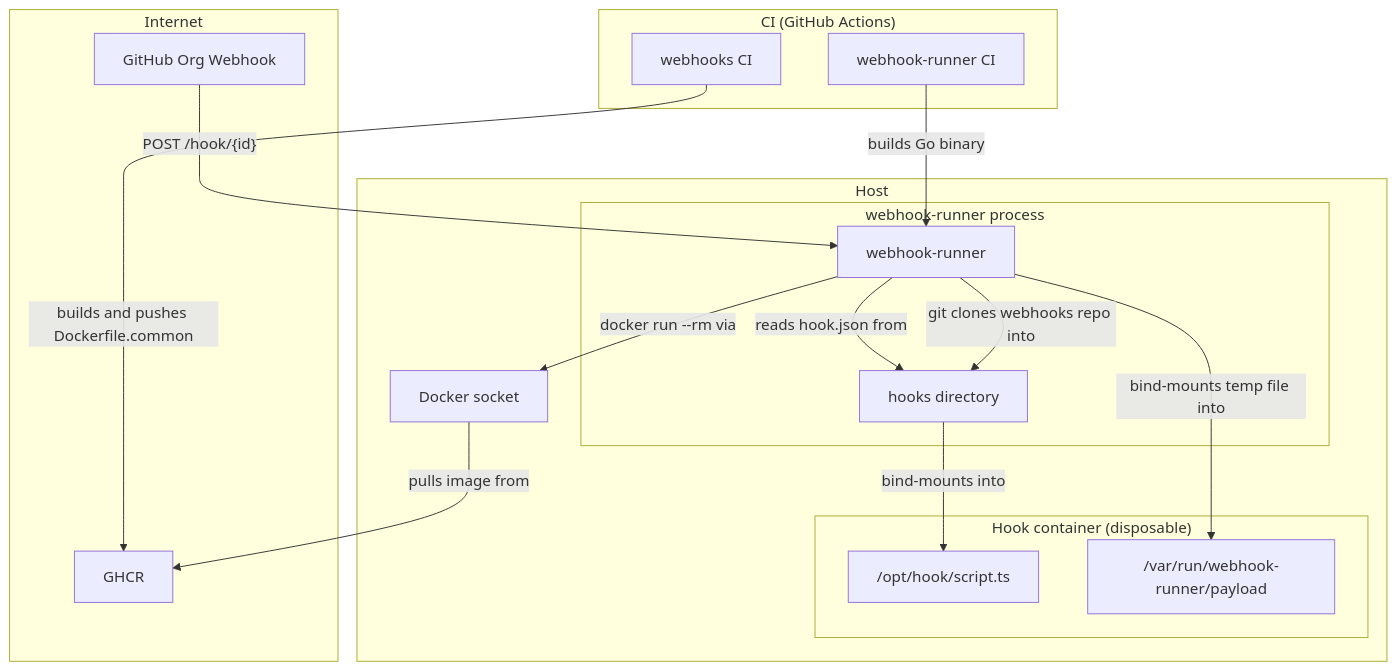
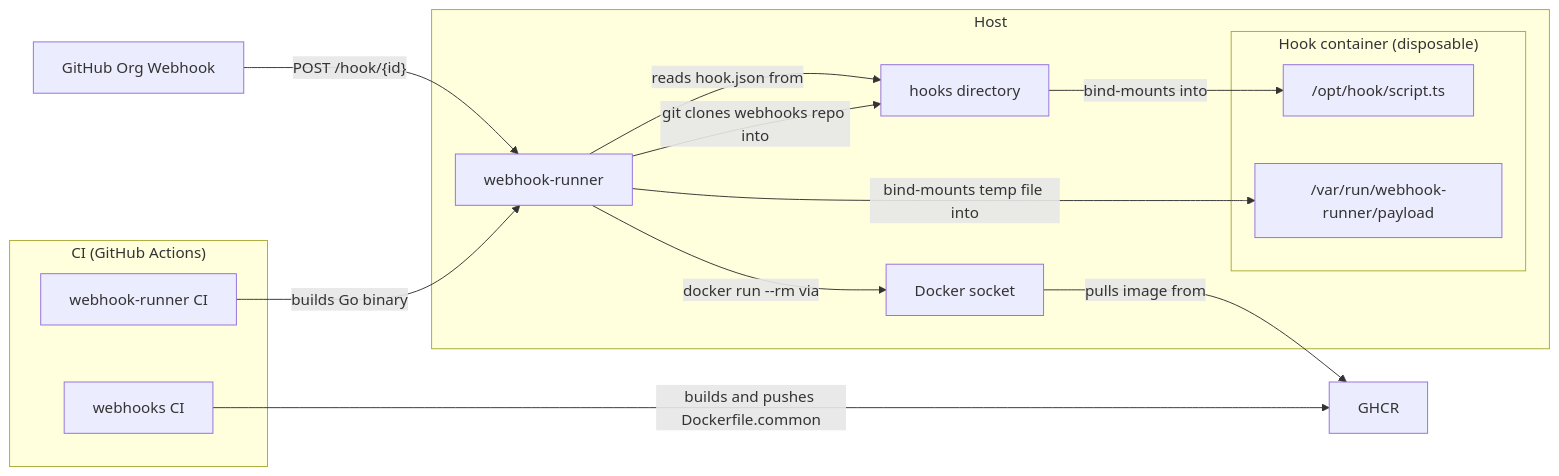
The diagram in README.md (wow-look-at-my/webhook-runner), drawn with Mermaid before and after one commit.

Commit message:
Rework diagram to LR layout, fix overlapping lines
https://claude.ai/code/session_014qhYqMCUske6p3XTUPjv24

````diff
--- a/README.md
+++ b/README.md
@@ -10,37 +10,34 @@
 ```mermaid
-graph TB
-    subgraph Internet
-        GH[GitHub Org Webhook]
-        GHCR[GHCR]
+graph LR
+    subgraph "CI (GitHub Actions)"
+        WR_CI[webhook-runner CI]
+        HOOKS_CI[webhooks CI]
     end
 
+    GHCR[GHCR]
+
     subgraph Host
-        subgraph "webhook-runner process"
-            WR[webhook-runner]
-            HOOKS[hooks directory]
-        end
-
+        WR[webhook-runner]
+        HOOKS[hooks directory]
         SOCK[Docker socket]
 
         subgraph "Hook container (disposable)"
             SCRIPT["/opt/hook/script.ts"]
             PAYLOAD["/var/run/webhook-runner/payload"]
         end
     end
 
-    GH -->|"POST /hook/{id}"| WR
+    GH[GitHub Org Webhook]
+
+    WR_CI -->|builds Go binary| WR
+    HOOKS_CI -->|builds and pushes Dockerfile.common| GHCR
+
+    WR -->|git clones webhooks repo into| HOOKS
     WR -->|reads hook.json from| HOOKS
-    WR -->|"docker run --rm via"| SOCK
+    WR -->|docker run --rm via| SOCK
     SOCK -->|pulls image from| GHCR
     HOOKS -->|bind-mounts into| SCRIPT
     WR -->|bind-mounts temp file into| PAYLOAD
 
-    subgraph "CI (GitHub Actions)"
-        WR_CI[webhook-runner CI]
-        HOOKS_CI[webhooks CI]
-    end
-
-    WR_CI -->|builds Go binary| WR
-    HOOKS_CI -->|builds and pushes Dockerfile.common| GHCR
-    WR -->|git clones webhooks repo into| HOOKS
+    GH -->|"POST /hook/{id}"| WR
 ```
````
